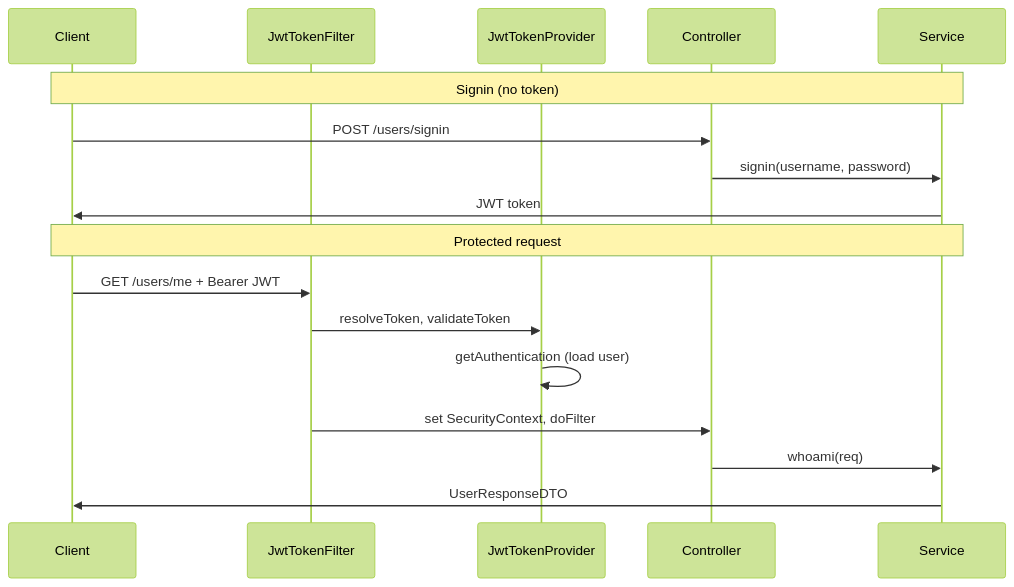
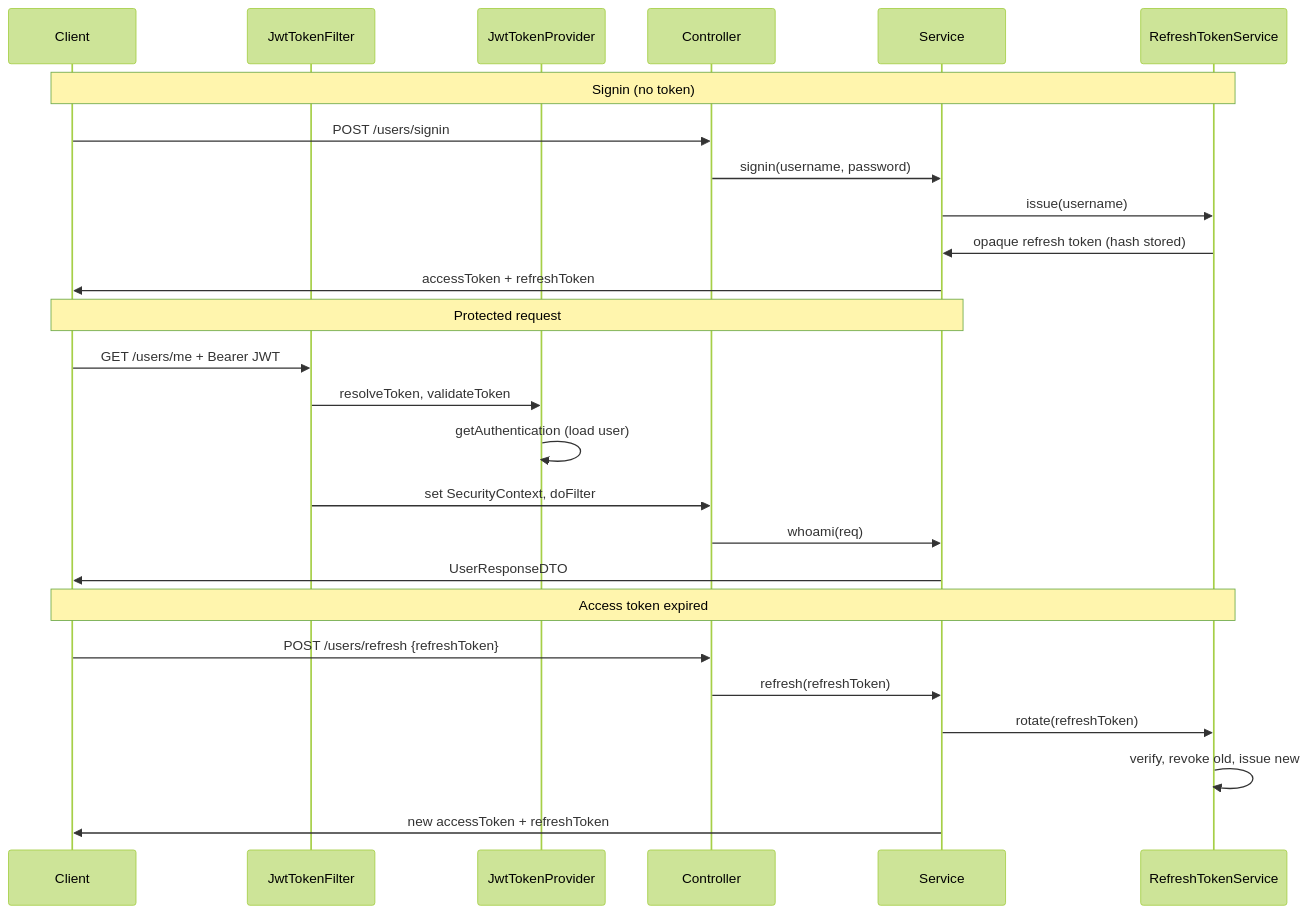
The diagram in README.md (murraco/spring-boot-jwt), drawn with Mermaid (forest theme) before and after one commit. The commit also changed other lines of this file and 13 other files, not shown here.

Commit message:
Add rotating refresh token support

````diff
--- a/README.md
+++ b/README.md
@@ -81,21 +93,31 @@
 ```mermaid
 sequenceDiagram
   participant Client
   participant Filter as JwtTokenFilter
   participant Provider as JwtTokenProvider
   participant Controller
   participant Service
+  participant Refresh as RefreshTokenService
 
-  Note over Client,Service: Signin (no token)
+  Note over Client,Refresh: Signin (no token)
   Client->>Controller: POST /users/signin
   Controller->>Service: signin(username, password)
-  Service->>Client: JWT token
+  Service->>Refresh: issue(username)
+  Refresh->>Service: opaque refresh token (hash stored)
+  Service->>Client: accessToken + refreshToken
 
   Note over Client,Service: Protected request
   Client->>Filter: GET /users/me + Bearer JWT
   Filter->>Provider: resolveToken, validateToken
   Provider->>Provider: getAuthentication (load user)
   Filter->>Controller: set SecurityContext, doFilter
   Controller->>Service: whoami(req)
   Service->>Client: UserResponseDTO
+
+  Note over Client,Refresh: Access token expired
+  Client->>Controller: POST /users/refresh {refreshToken}
+  Controller->>Service: refresh(refreshToken)
+  Service->>Refresh: rotate(refreshToken)
+  Refresh->>Refresh: verify, revoke old, issue new
+  Service->>Client: new accessToken + refreshToken
 ```
````
